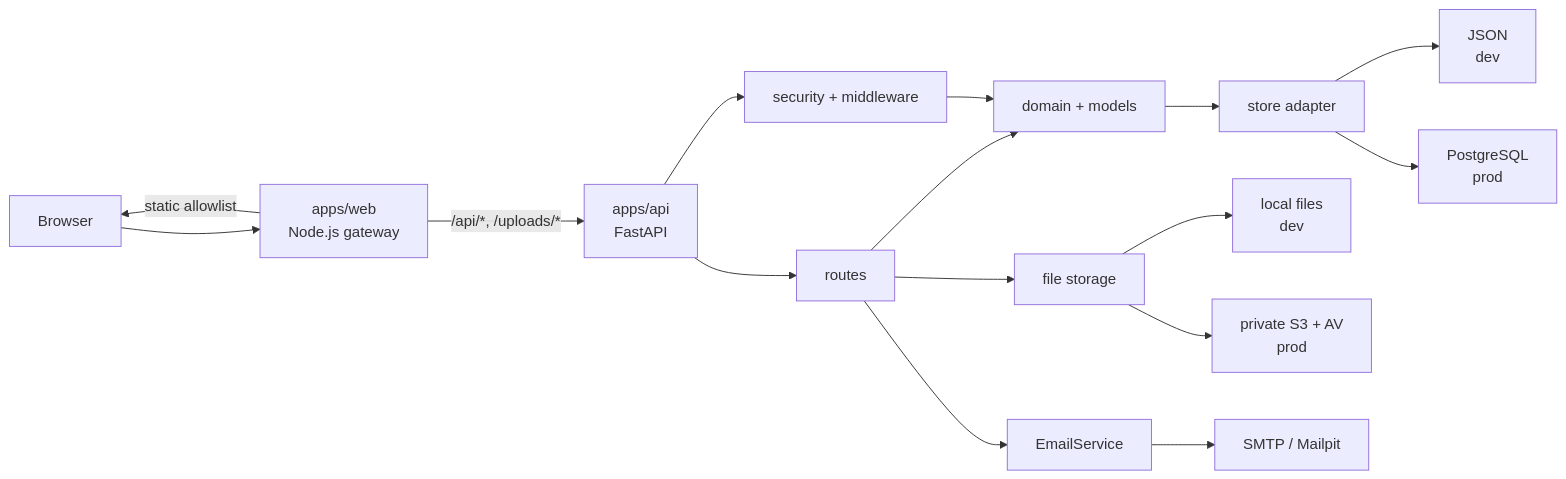
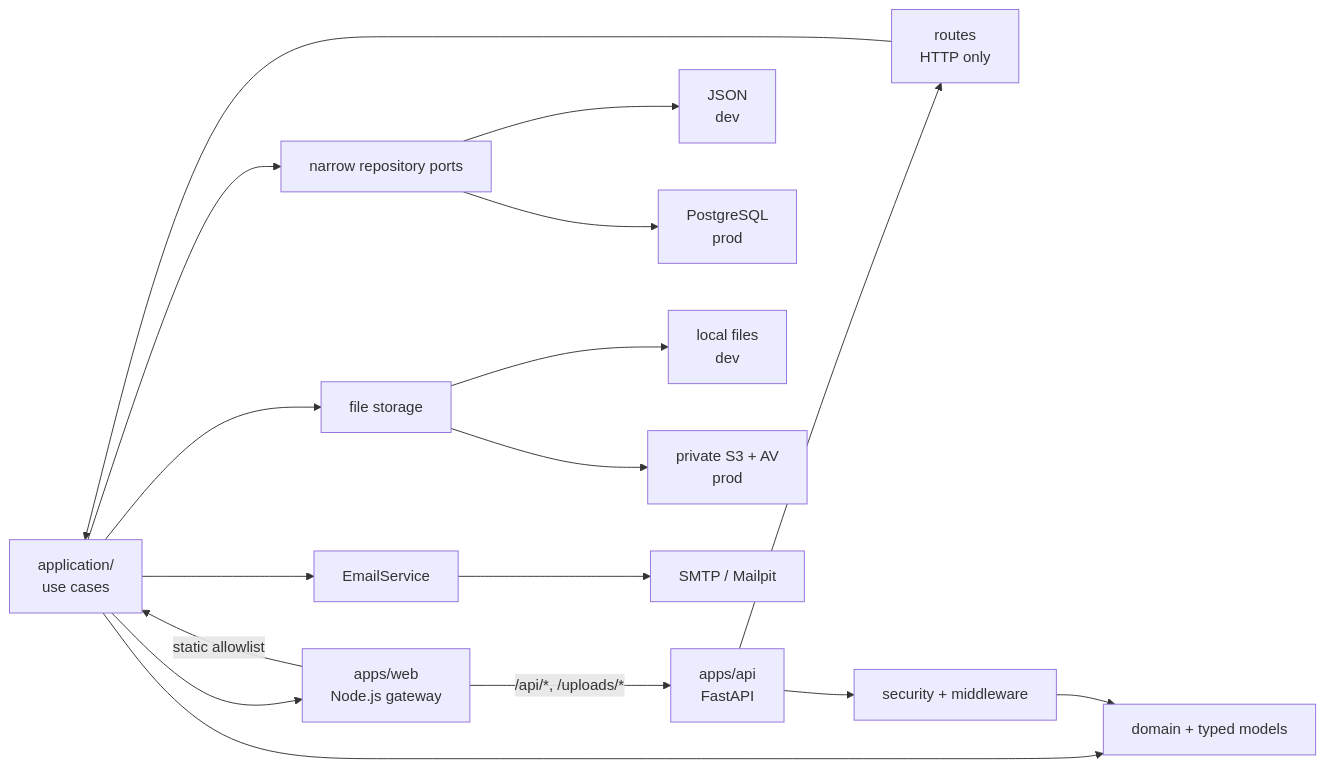
One commit to artemnoor/lug-2026 changed the first of 2 diagrams in ARCHITECTURE.md. Above: the diagram before and after it, drawn with Mermaid. The commit also changed other lines of this file and 49 other files, not shown here.

Commit message:
refactor: complete application architecture hardening

````diff
--- a/ARCHITECTURE.md
+++ b/ARCHITECTURE.md
@@ -30,18 +30,19 @@
 ```mermaid
 flowchart LR
     U["Browser"] --> W["apps/web\nNode.js gateway"]
     W -->|"static allowlist"| U
     W -->|"/api/*, /uploads/*"| A["apps/api\nFastAPI"]
-    A --> R["routes"]
+    A --> R["routes<br/>HTTP only"]
+    R --> U["application/<br/>use cases"]
     A --> S["security + middleware"]
-    R --> D["domain + models"]
+    U --> D["domain + typed models"]
     S --> D
-    D --> P["store adapter"]
+    U --> P["narrow repository ports"]
     P --> J["JSON\ndev"]
     P --> PG["PostgreSQL\nprod"]
-    R --> F["file storage"]
+    U --> F["file storage"]
     F --> L["local files\ndev"]
     F --> B["private S3 + AV\nprod"]
-    R --> E["EmailService"]
+    U --> E["EmailService"]
     E --> M["SMTP / Mailpit"]
 ```
````
